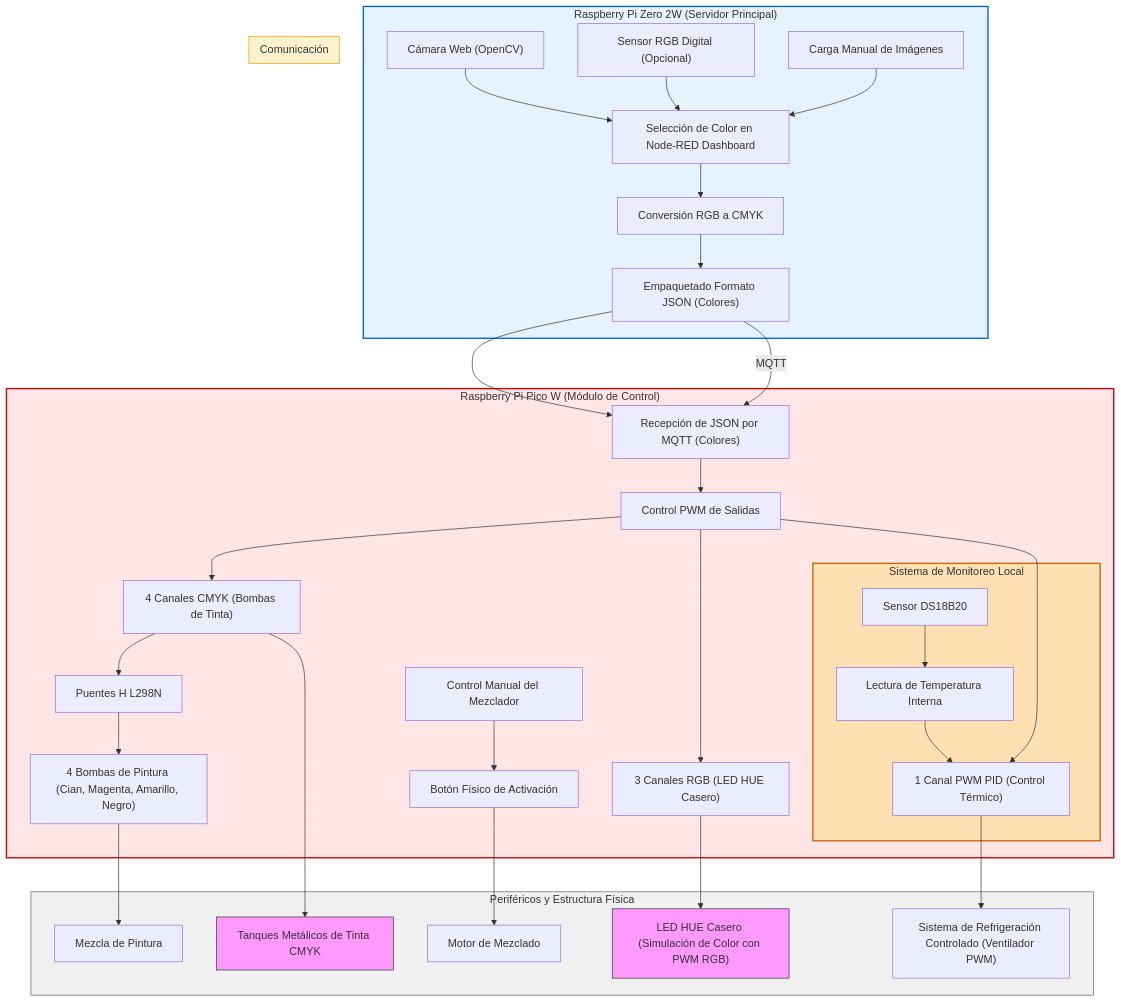
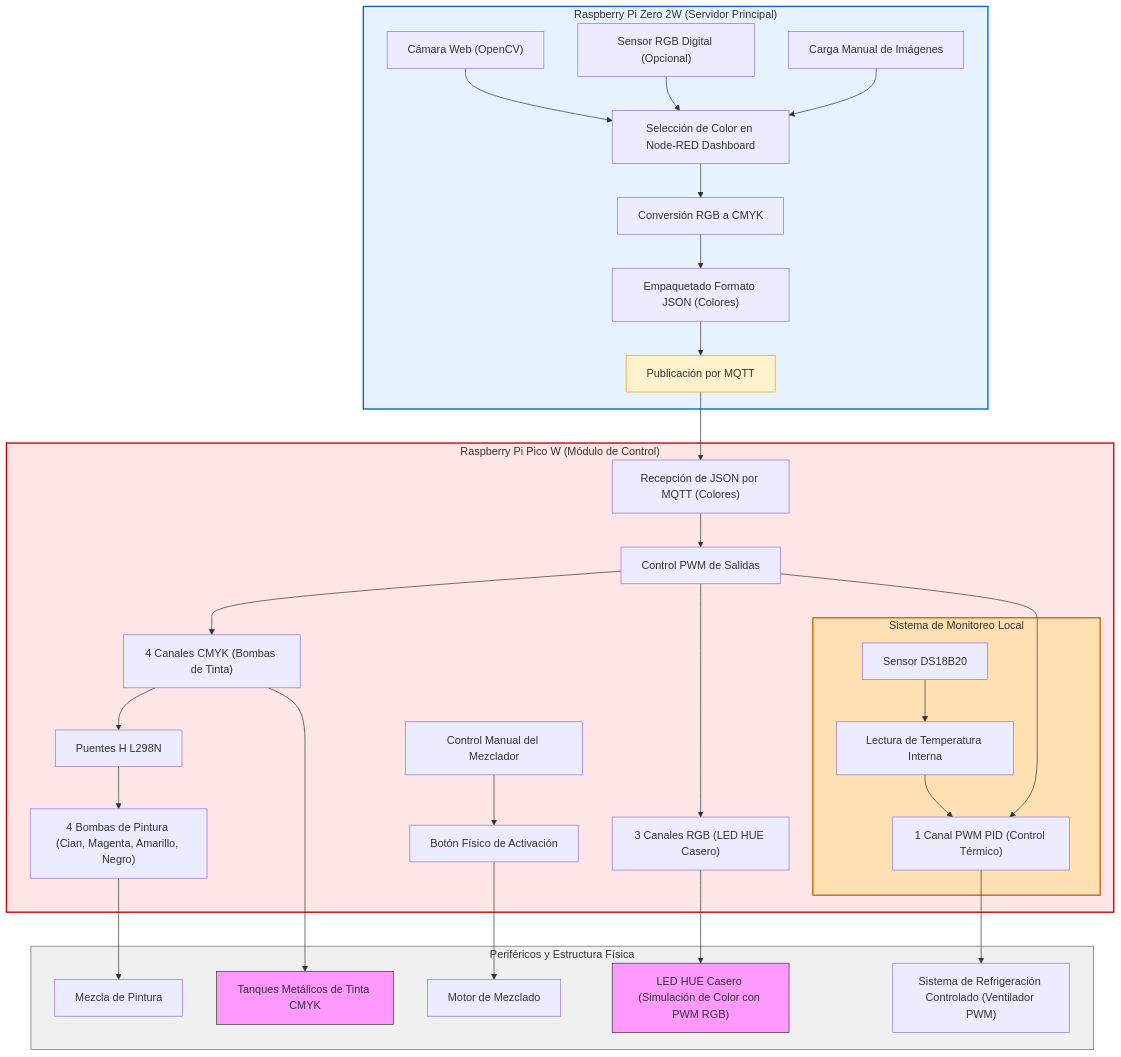
One commit to juandsandoval8/ChromaPID changed the diagram in diagrama_MQTT.md. Above: the diagram before and after it, drawn with Mermaid.

````diff
--- a/diagrama_MQTT.md
+++ b/diagrama_MQTT.md
@@ -1,58 +1,54 @@
 ```mermaid
 flowchart TD
     %% ================= MAESTRO (Raspberry Pi Zero 2W) =================
     subgraph Maestro["Raspberry Pi Zero 2W (Servidor Principal)"]
         A["Cámara Web (OpenCV)"] --> B["Selección de Color en Node-RED Dashboard"]
         C["Sensor RGB Digital (Opcional)"] --> B
         D["Carga Manual de Imágenes"] --> B
         B --> E["Conversión RGB a CMYK"]
         E --> F["Empaquetado Formato JSON (Colores)"]
+        F --> G["Publicación por MQTT"]
     end
 
     %% ================= ESCLAVO (Raspberry Pi Pico W) =================
     subgraph Esclavo["Raspberry Pi Pico W (Módulo de Control)"]
-        F --> H["Recepción de JSON por MQTT (Colores)"]
+        G --> H["Recepción de JSON por MQTT (Colores)"]
         H --> I["Control PWM de Salidas"]
 
         %% PWM
         I --> M["4 Canales CMYK (Bombas de Tinta)"]
         I --> N["3 Canales RGB (LED HUE Casero)"]
         I --> O["1 Canal PWM PID (Control Térmico)"]
 
         %% Lectura de Temperatura (Local)
         subgraph Temperatura["Sistema de Monitoreo Local"]
             J["Sensor DS18B20"] --> P["Lectura de Temperatura Interna"]
             P --> O
         end
 
         %% Bombas
         M --> R["Puentes H L298N"]
         R --> S["4 Bombas de Pintura (Cian, Magenta, Amarillo, Negro)"]
 
         %% Mezclador
         L["Control Manual del Mezclador"] --> T["Botón Físico de Activación"]
     end
 
     %% ================= PERIFÉRICOS =================
     subgraph Periféricos["Periféricos y Estructura Física"]
         N --> U["LED HUE Casero (Simulación de Color con PWM RGB)"]
         M --> V["Tanques Metálicos de Tinta CMYK"]
         O --> W["Sistema de Refrigeración Controlado (Ventilador PWM)"]
         S --> Y["Mezcla de Pintura"]
         T --> Z["Motor de Mezclado"]
     end
 
-    %% ================= COMUNICACIÓN =================
-    subgraph Comunicación["Comunicación"]
-        F -->|MQTT| H
-    end
-
     %% ================= ESTILOS =================
     style Maestro fill:#e6f3ff,stroke:#0066cc,stroke-width:2px
     style Esclavo fill:#ffe6e6,stroke:#cc0000,stroke-width:2px
     style Temperatura fill:#ffe0b3,stroke:#cc6600,stroke-width:2px
     style Periféricos fill:#f0f0f0,stroke:#666,stroke-width:1px
-    style Comunicación fill:#fff2cc,stroke:#ff9900,stroke-width:1px
+    style G fill:#fff2cc,stroke:#ff9900,stroke-width:1px
     style V fill:#f9f,stroke:#333
     style U fill:#f9f,stroke:#333
 ```
````
